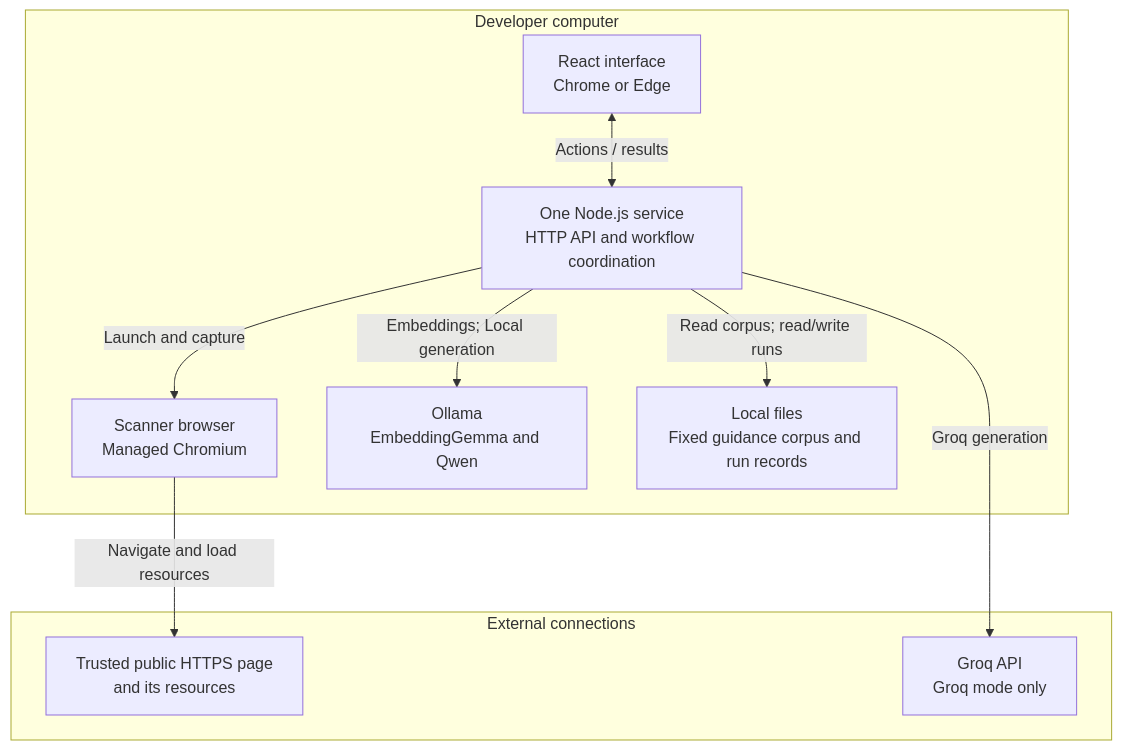
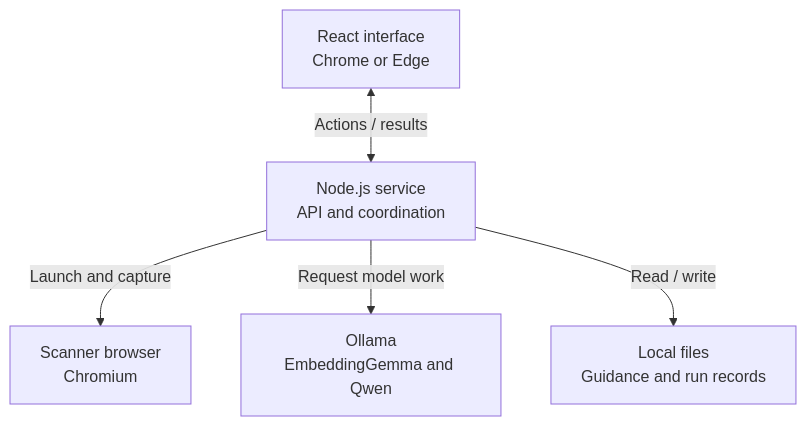
One commit to mmjosedaniel/a11y-evidence-lab changed the first of 3 diagrams in docs/architecture/SYSTEM_ARCHITECTURE.md. Above: the diagram before and after it, drawn with Mermaid. The commit also changed other lines of this file and 2 other files, not shown here.

Commit message:
docs: refine application and architecture guides

````diff
--- a/docs/architecture/SYSTEM_ARCHITECTURE.md
+++ b/docs/architecture/SYSTEM_ARCHITECTURE.md
@@ -11,20 +15,14 @@
 ```mermaid
 flowchart TB
-    subgraph machine["Developer computer"]
-        ui["React interface<br/>Chrome or Edge"]
-        service["One Node.js service<br/>HTTP API and workflow coordination"]
-        chromium["Scanner browser<br/>Managed Chromium"]
-        ollama["Ollama<br/>EmbeddingGemma and Qwen"]
-        files["Local files<br/>Fixed guidance corpus and run records"]
-    end
-    subgraph external["External connections"]
-        page["Trusted public HTTPS page<br/>and its resources"]
-        groq["Groq API<br/>Groq mode only"]
-    end
+    accTitle: Local application components
+    accDescr: The browser interface exchanges actions and results with one Node.js service. That service accesses a separate Chromium scanner, local Ollama models and local files.
+    ui["React interface<br/>Chrome or Edge"]
+    service["Node.js service<br/>API and coordination"]
+    chromium["Scanner browser<br/>Chromium"]
+    ollama["Ollama<br/>EmbeddingGemma and Qwen"]
+    files["Local files<br/>Guidance and run records"]
     ui <-->|"Actions / results"| service
     service -->|"Launch and capture"| chromium
-    service -->|"Embeddings; Local generation"| ollama
-    service -->|"Read corpus; read/write runs"| files
-    chromium -->|"Navigate and load resources"| page
-    service -->|"Groq generation"| groq
+    service -->|"Request model work"| ollama
+    service -->|"Read / write"| files
 ```
````
